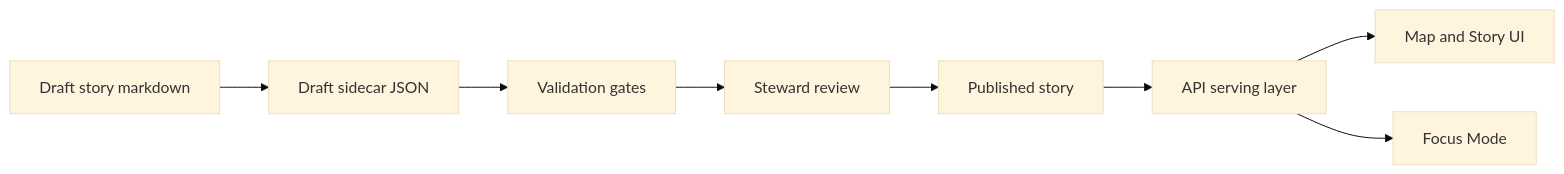
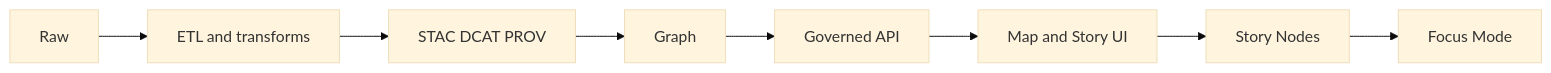
The diagram in docs/stories/README.md (bartytime4life/Kansas-Frontier-Matrix), drawn with Mermaid (base theme) before and after one commit. The commit also changed other lines of this file, not shown here.

First line of the commit message:
Revise README for Story Nodes with updated metadata

````diff
--- a/docs/stories/README.md
+++ b/docs/stories/README.md
@@ -60,10 +62,10 @@
 ```mermaid
 flowchart LR
-  A[Draft story markdown] --> B[Draft sidecar JSON]
-  B --> C[Validation gates]
-  C --> D[Steward review]
-  D --> E[Published story]
-  E --> F[API serving layer]
-  F --> G[Map and Story UI]
-  F --> H[Focus Mode]
+  Raw[Raw] --> ETL[ETL and transforms]
+  ETL --> Catalogs[STAC DCAT PROV]
+  Catalogs --> Graph[Graph]
+  Graph --> API[Governed API]
+  API --> UI[Map and Story UI]
+  UI --> Stories[Story Nodes]
+  Stories --> Focus[Focus Mode]
 ```
````
